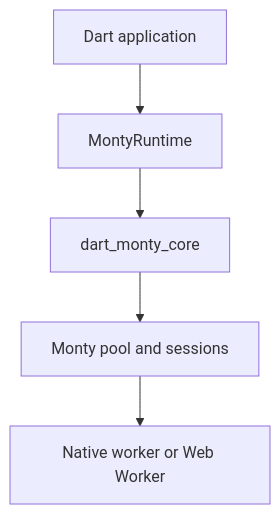
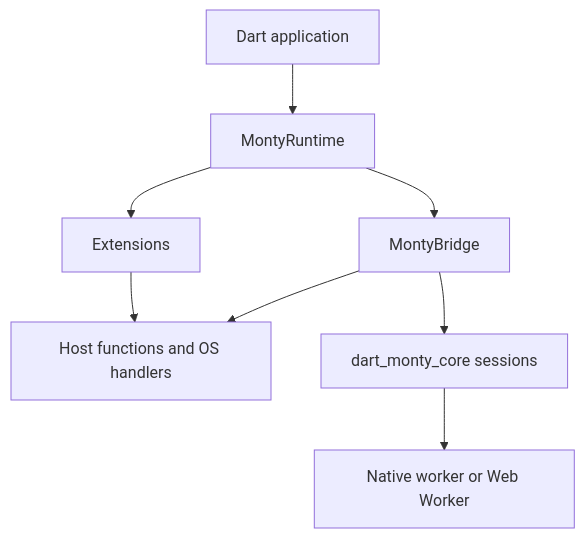
Before and after one commit to runyaga/dart_monty: the diagram in docs/architecture/overview.md, drawn with Mermaid. The commit also changed other lines of this file and 67 other files, not shown here.

````diff
--- a/docs/architecture/overview.md
+++ b/docs/architecture/overview.md
@@ -14,7 +6,10 @@
 ```mermaid
 graph TD
     A[Dart application] --> B[MontyRuntime]
-    B --> C[dart_monty_core]
-    C --> D[Monty pool and sessions]
-    D --> E[Native worker or Web Worker]
+    B --> C[MontyBridge]
+    B --> D[Extensions]
+    C --> E[Host functions and OS handlers]
+    C --> F[dart_monty_core sessions]
+    D --> E
+    F --> G[Native worker or Web Worker]
 ```
````
